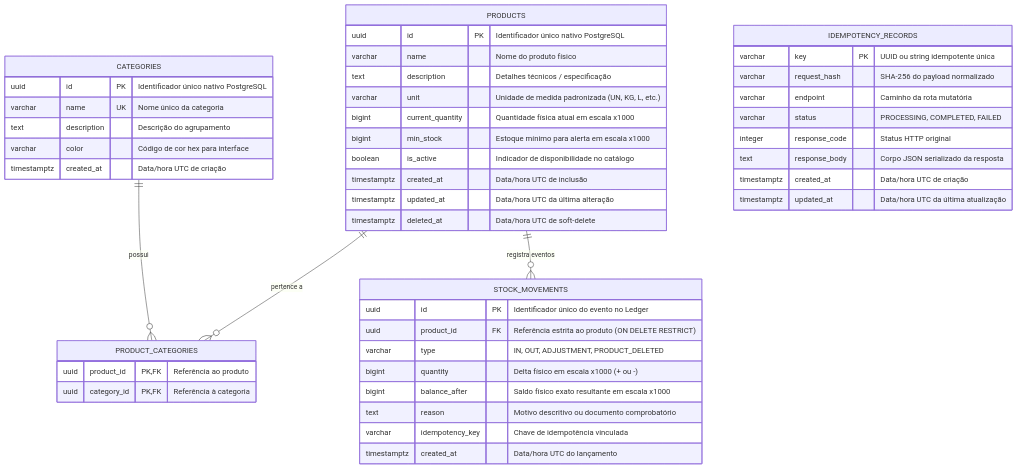
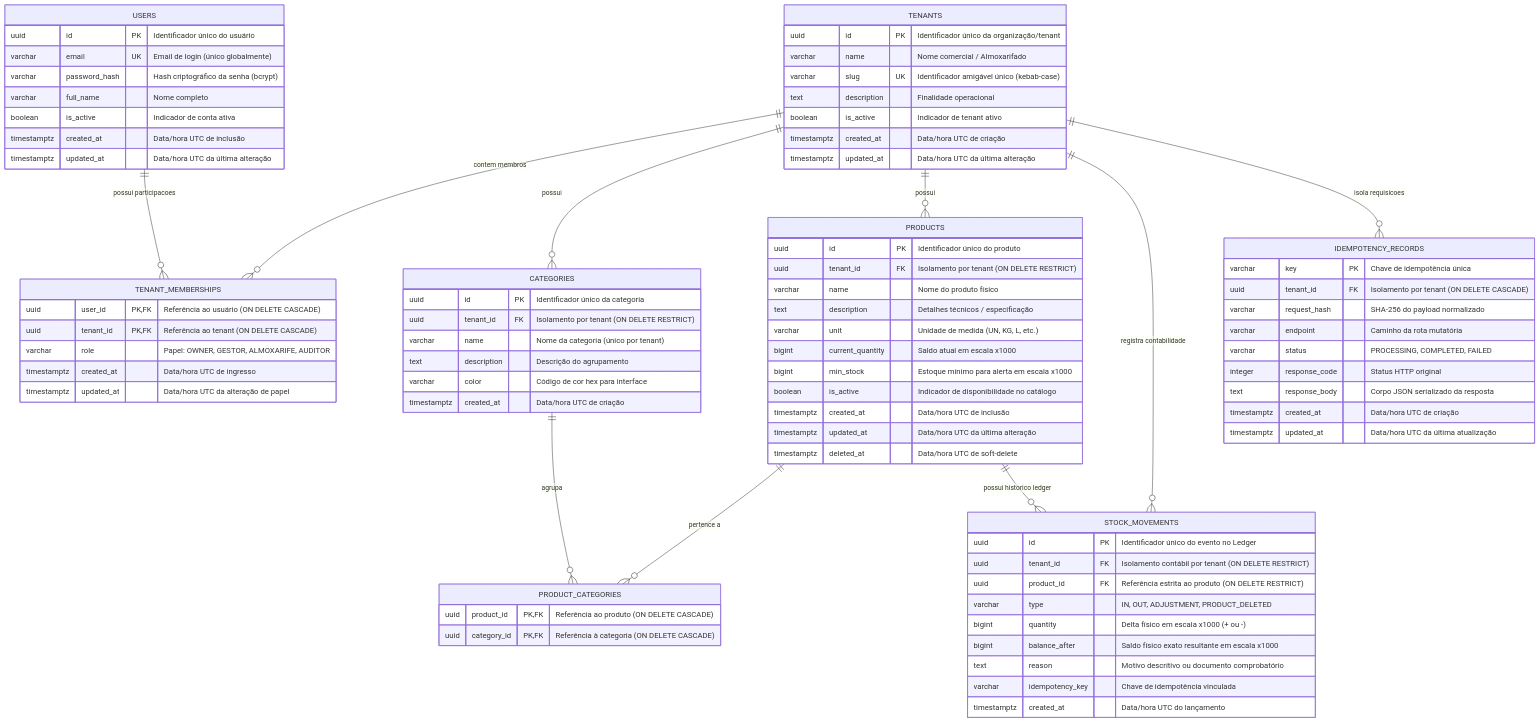
One commit to rodrigoacm10/categorizer changed the first of 2 diagrams in docs/BACKEND_SPEC.md. Above: the diagram before and after it, drawn with Mermaid. The commit also changed other lines of this file and 7 other files, not shown here.

Commit message:
docs: specify authentication and multi-tenancy architecture with strict data isolation

````diff
--- a/docs/BACKEND_SPEC.md
+++ b/docs/BACKEND_SPEC.md
@@ -111,10 +154,86 @@
 ```mermaid
 erDiagram
-    CATEGORIES ||--o{ PRODUCT_CATEGORIES : "possui"
+    USERS ||--o{ TENANT_MEMBERSHIPS : "possui participacoes"
+    TENANTS ||--o{ TENANT_MEMBERSHIPS : "contem membros"
+    TENANTS ||--o{ CATEGORIES : "possui"
+    TENANTS ||--o{ PRODUCTS : "possui"
+    TENANTS ||--o{ STOCK_MOVEMENTS : "registra contabilidade"
+    TENANTS ||--o{ IDEMPOTENCY_RECORDS : "isola requisicoes"
+    CATEGORIES ||--o{ PRODUCT_CATEGORIES : "agrupa"
     PRODUCTS ||--o{ PRODUCT_CATEGORIES : "pertence a"
-    PRODUCTS ||--o{ STOCK_MOVEMENTS : "registra eventos"
+    PRODUCTS ||--o{ STOCK_MOVEMENTS : "possui historico ledger"
+
+    USERS {
+        uuid id PK "Identificador único do usuário"
+        varchar email UK "Email de login (único globalmente)"
+        varchar password_hash "Hash criptográfico da senha (bcrypt)"
+        varchar full_name "Nome completo"
+        boolean is_active "Indicador de conta ativa"
+        timestamptz created_at "Data/hora UTC de inclusão"
+        timestamptz updated_at "Data/hora UTC da última alteração"
+    }
+
+    TENANTS {
+        uuid id PK "Identificador único da organização/tenant"
+        varchar name "Nome comercial / Almoxarifado"
+        varchar slug UK "Identificador amigável único (kebab-case)"
+        text description "Finalidade operacional"
+        boolean is_active "Indicador de tenant ativo"
+        timestamptz created_at "Data/hora UTC de criação"
+        timestamptz updated_at "Data/hora UTC da última alteração"
+    }
+
+    TENANT_MEMBERSHIPS {
+        uuid user_id PK,FK "Referência ao usuário (ON DELETE CASCADE)"
+        uuid tenant_id PK,FK "Referência ao tenant (ON DELETE CASCADE)"
+        varchar role "Papel: OWNER, GESTOR, ALMOXARIFE, AUDITOR"
+        timestamptz created_at "Data/hora UTC de ingresso"
+        timestamptz updated_at "Data/hora UTC da alteração de papel"
+    }
+
+    CATEGORIES {
+        uuid id PK "Identificador único da categoria"
+        uuid tenant_id FK "Isolamento por tenant (ON DELETE RESTRICT)"
+        varchar name "Nome da categoria (único por tenant)"
+        text description "Descrição do agrupamento"
+        varchar color "Código de cor hex para interface"
+        timestamptz created_at "Data/hora UTC de criação"
+    }
+
+    PRODUCTS {
+        uuid id PK "Identificador único do produto"
+        uuid tenant_id FK "Isolamento por tenant (ON DELETE RESTRICT)"
+        varchar name "Nome do produto físico"
+        text description "Detalhes técnicos / especificação"
+        varchar unit "Unidade de medida (UN, KG, L, etc.)"
+        bigint current_quantity "Saldo atual em escala x1000"
+        bigint min_stock "Estoque mínimo para alerta em escala x1000"
+        boolean is_active "Indicador de disponibilidade no catálogo"
+        timestamptz created_at "Data/hora UTC de inclusão"
+        timestamptz updated_at "Data/hora UTC da última alteração"
+        timestamptz deleted_at "Data/hora UTC de soft-delete"
+    }
+
+    PRODUCT_CATEGORIES {
+        uuid product_id PK,FK "Referência ao produto (ON DELETE CASCADE)"
+        uuid category_id PK,FK "Referência à categoria (ON DELETE CASCADE)"
+    }
+
+    STOCK_MOVEMENTS {
+        uuid id PK "Identificador único do evento no Ledger"
+        uuid tenant_id FK "Isolamento contábil por tenant (ON DELETE RESTRICT)"
+        uuid product_id FK "Referência estrita ao produto (ON DELETE RESTRICT)"
+        varchar type "IN, OUT, ADJUSTMENT, PRODUCT_DELETED"
+        bigint quantity "Delta físico em escala x1000 (+ ou -)"
+        bigint balance_after "Saldo físico exato resultante em escala x1000"
+        text reason "Motivo descritivo ou documento comprobatório"
+        varchar idempotency_key "Chave de idempotência vinculada"
+        timestamptz created_at "Data/hora UTC do lançamento"
+    }
+
     IDEMPOTENCY_RECORDS {
-        varchar key PK "UUID ou string idempotente única"
+        varchar key PK "Chave de idempotência única"
+        uuid tenant_id FK "Isolamento por tenant (ON DELETE CASCADE)"
         varchar request_hash "SHA-256 do payload normalizado"
         varchar endpoint "Caminho da rota mutatória"
         varchar status "PROCESSING, COMPLETED, FAILED"
@@ -123,41 +242,4 @@
         timestamptz created_at "Data/hora UTC de criação"
         timestamptz updated_at "Data/hora UTC da última atualização"
     }
-
-    CATEGORIES {
-        uuid id PK "Identificador único nativo PostgreSQL"
-        varchar name UK "Nome único da categoria"
-        text description "Descrição do agrupamento"
-        varchar color "Código de cor hex para interface"
-        timestamptz created_at "Data/hora UTC de criação"
-    }
-
-    PRODUCTS {
-        uuid id PK "Identificador único nativo PostgreSQL"
-        varchar name "Nome do produto físico"
-        text description "Detalhes técnicos / especificação"
-        varchar unit "Unidade de medida padronizada (UN, KG, L, etc.)"
-        bigint current_quantity "Quantidade física atual em escala x1000"
-        bigint min_stock "Estoque mínimo para alerta em escala x1000"
-        boolean is_active "Indicador de disponibilidade no catálogo"
-        timestamptz created_at "Data/hora UTC de inclusão"
-        timestamptz updated_at "Data/hora UTC da última alteração"
-        timestamptz deleted_at "Data/hora UTC de soft-delete"
-    }
-
-    PRODUCT_CATEGORIES {
-        uuid product_id PK,FK "Referência ao produto"
-        uuid category_id PK,FK "Referência à categoria"
-    }
-
-    STOCK_MOVEMENTS {
-        uuid id PK "Identificador único do evento no Ledger"
-        uuid product_id FK "Referência estrita ao produto (ON DELETE RESTRICT)"
-        varchar type "IN, OUT, ADJUSTMENT, PRODUCT_DELETED"
-        bigint quantity "Delta físico em escala x1000 (+ ou -)"
-        bigint balance_after "Saldo físico exato resultante em escala x1000"
-        text reason "Motivo descritivo ou documento comprobatório"
-        varchar idempotency_key "Chave de idempotência vinculada"
-        timestamptz created_at "Data/hora UTC do lançamento"
-    }
 ```
````
